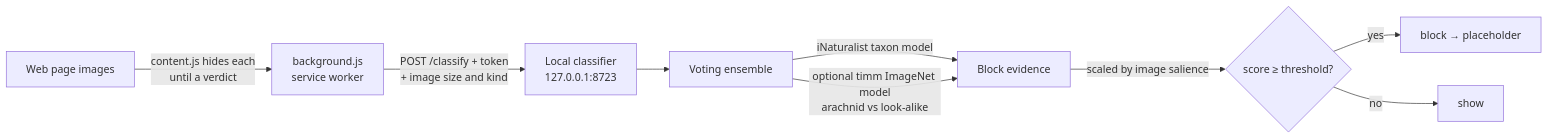
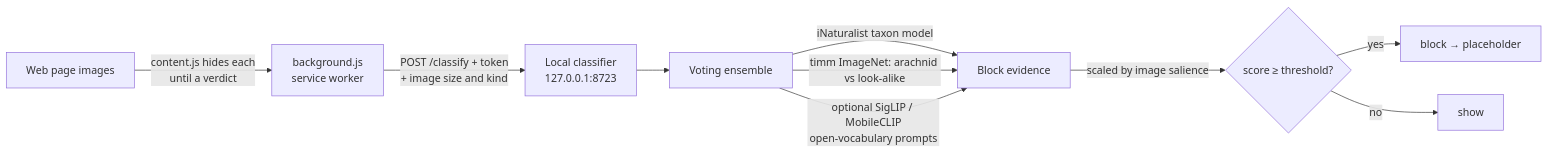
One commit to mcb0035/imgedge changed the diagram in README.md. Above: the diagram before and after it, drawn with Mermaid. The commit also changed other lines of this file and 3 other files, not shown here.

First line of the commit message:
docs: add architecture overview + refresh README ensemble description

````diff
--- a/README.md
+++ b/README.md
@@ -17,11 +17,12 @@
 ```mermaid
 flowchart LR
     A[Web page images] -->|content.js hides each<br/>until a verdict| B[background.js<br/>service worker]
     B -->|POST /classify + token<br/>+ image size and kind| C[Local classifier<br/>127.0.0.1:8723]
     C --> G[Voting ensemble]
     G -->|iNaturalist taxon model| H[Block evidence]
-    G -->|optional timm ImageNet model<br/>arachnid vs look-alike| H
+    G -->|timm ImageNet: arachnid vs look-alike| H
+    G -->|optional SigLIP / MobileCLIP<br/>open-vocabulary prompts| H
     H -->|scaled by image salience| D{"score ≥ threshold?"}
     D -->|yes| E[block → placeholder]
     D -->|no| F[show]
 ```
````
